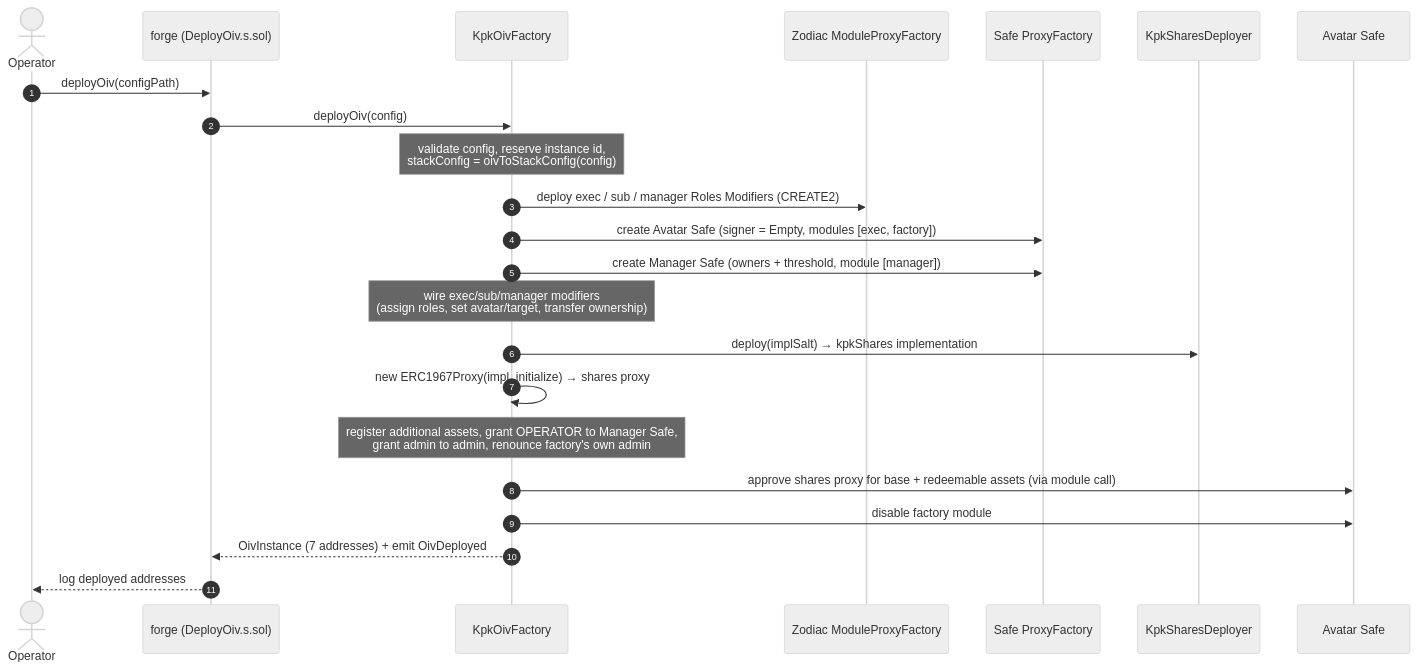
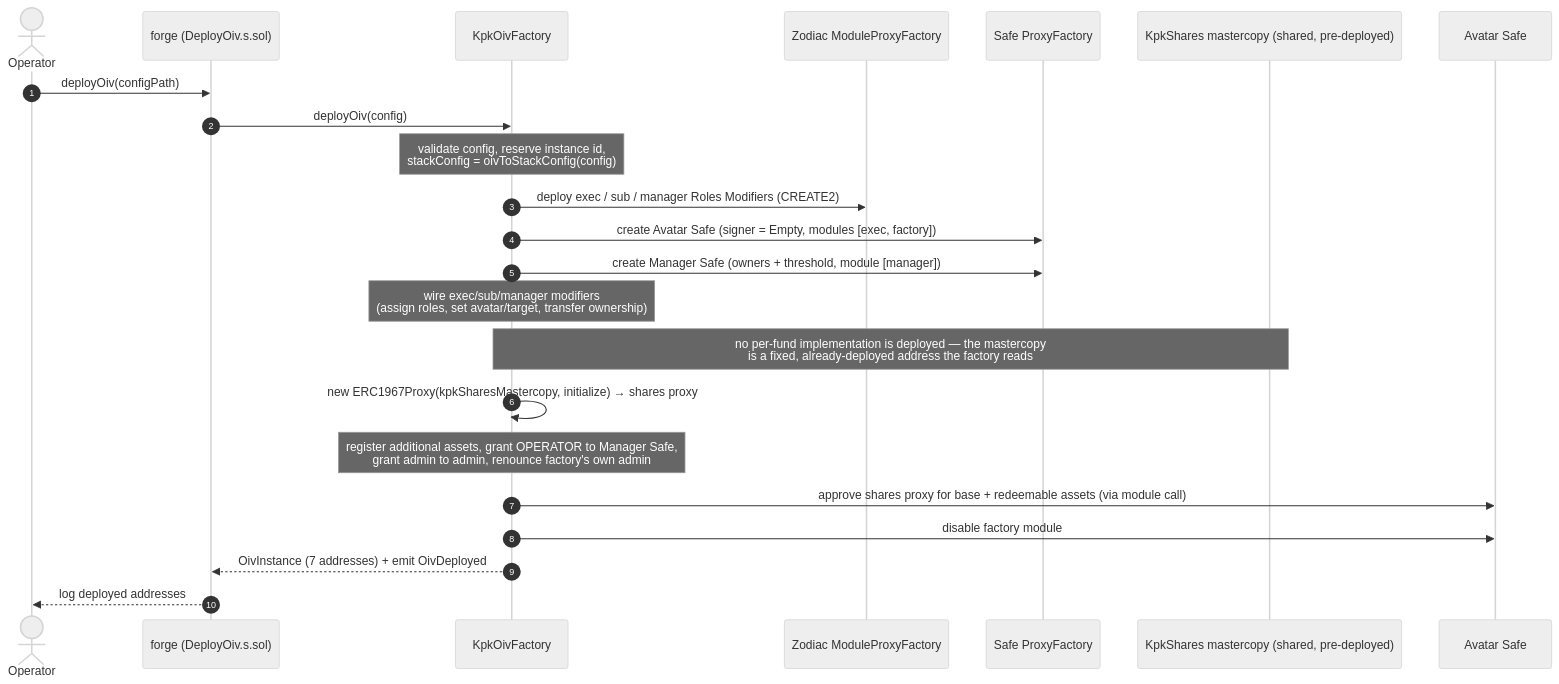
Before and after one commit to karpatkey/onchain-investment-vehicles: the second of 4 diagrams in docs/FUND_DEPLOYMENT_FLOW.md, drawn with Mermaid (neutral theme). The commit also changed other lines of this file and 66 other files, not shown here.

````diff
--- a/docs/FUND_DEPLOYMENT_FLOW.md
+++ b/docs/FUND_DEPLOYMENT_FLOW.md
@@ -35,26 +36,26 @@
 ```mermaid
 sequenceDiagram
     autonumber
     actor Op as Operator
     participant Fg as forge (DeployOiv.s.sol)
     participant F as KpkOivFactory
     participant Z as Zodiac ModuleProxyFactory
     participant S as Safe ProxyFactory
-    participant D as KpkSharesDeployer
+    participant D as KpkShares mastercopy (shared, pre-deployed)
     participant Av as Avatar Safe
 
     Op->>Fg: deployOiv(configPath)
     Fg->>F: deployOiv(config)
     Note over F: validate config, reserve instance id,<br/>stackConfig = oivToStackConfig(config)
     F->>Z: deploy exec / sub / manager Roles Modifiers (CREATE2)
     F->>S: create Avatar Safe (signer = Empty, modules [exec, factory])
     F->>S: create Manager Safe (owners + threshold, module [manager])
     Note over F: wire exec/sub/manager modifiers<br/>(assign roles, set avatar/target, transfer ownership)
-    F->>D: deploy(implSalt) → kpkShares implementation
-    F->>F: new ERC1967Proxy(impl, initialize) → shares proxy
+    Note over F,D: no per-fund implementation is deployed — the mastercopy<br/>is a fixed, already-deployed address the factory reads
+    F->>F: new ERC1967Proxy(kpkSharesMastercopy, initialize) → shares proxy
     Note over F: register additional assets, grant OPERATOR to Manager Safe,<br/>grant admin to admin, renounce factory's own admin
     F->>Av: approve shares proxy for base + redeemable assets (via module call)
     F->>Av: disable factory module
     F-->>Fg: OivInstance (7 addresses) + emit OivDeployed
     Fg-->>Op: log deployed addresses
 ```
````
